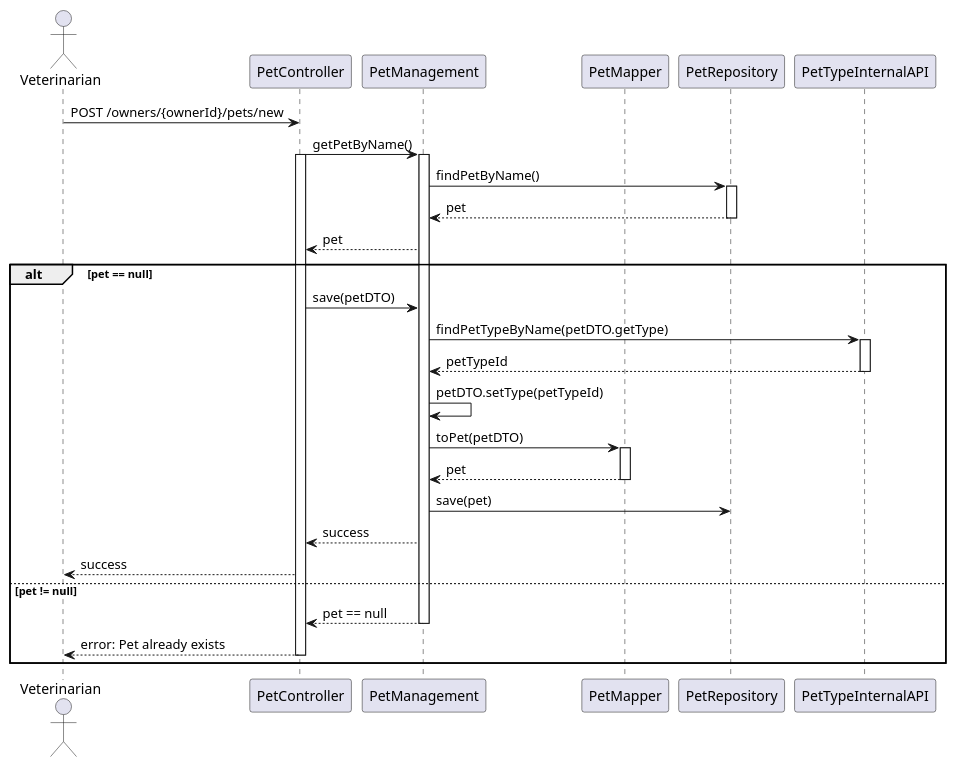
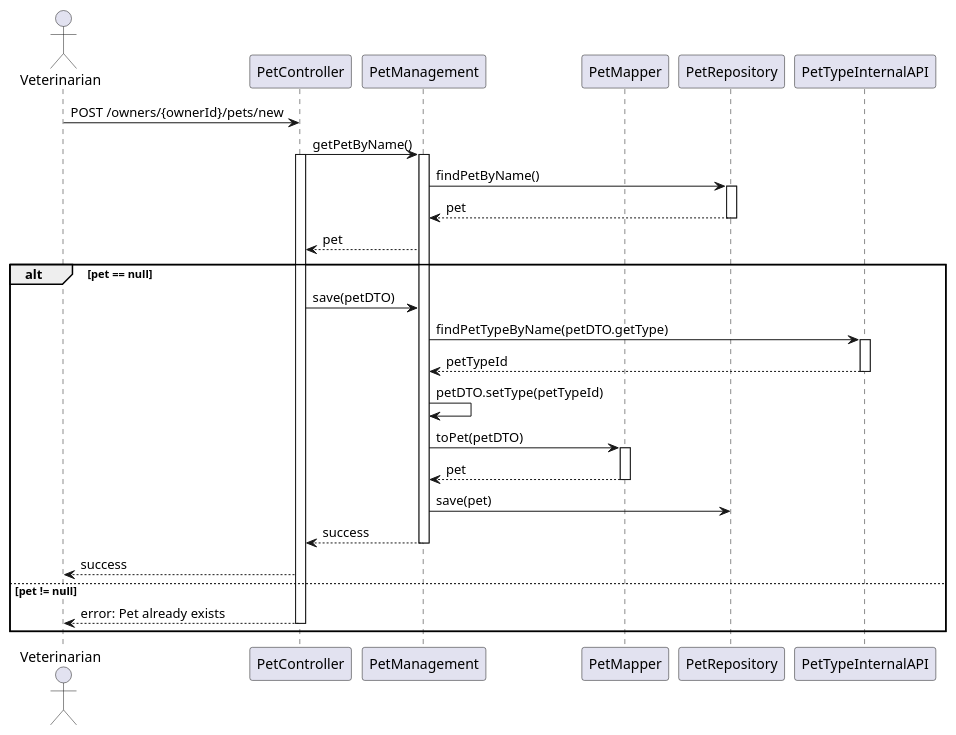
One commit to miguel1211593/spring_modulith changed the diagram in docs/modulith/SD/N3AddPet.puml. Above: the diagram before and after it, drawn with PlantUML. The commit also changed 10 other files, not shown here.

```diff
--- a/docs/modulith/SD/N3AddPet.puml
+++ b/docs/modulith/SD/N3AddPet.puml
@@ -1,43 +1,42 @@
 @startuml
 
 actor Veterinarian
 participant "PetController" as Controller
 participant "PetManagement" as Service
 participant "PetMapper" as Mapper
 participant "PetRepository" as Repository
 participant "PetTypeInternalAPI" as PetType
 
 
 Veterinarian -> Controller: POST /owners/{ownerId}/pets/new
 Controller -> Service: getPetByName()
 activate Controller
 activate Service
 
 Service -> Repository: findPetByName()
 activate Repository
 Repository --> Service: pet
 deactivate Repository
 Service --> Controller: pet
 alt pet == null
     Controller -> Service: save(petDTO)
     Service -> PetType: findPetTypeByName(petDTO.getType)
     activate PetType
     PetType --> Service: petTypeId
     deactivate PetType
     Service -> Service: petDTO.setType(petTypeId)
     Service -> Mapper: toPet(petDTO)
     activate Mapper
     Mapper --> Service: pet
     deactivate Mapper
     Service -> Repository: save(pet)
     Service --> Controller: success
+    deactivate Service
     Controller --> Veterinarian: success
 else pet != null
-    Service --> Controller: pet == null
-    deactivate Service
     Controller --> Veterinarian: error: Pet already exists
     deactivate Controller
 end
 
 
 @enduml
```
